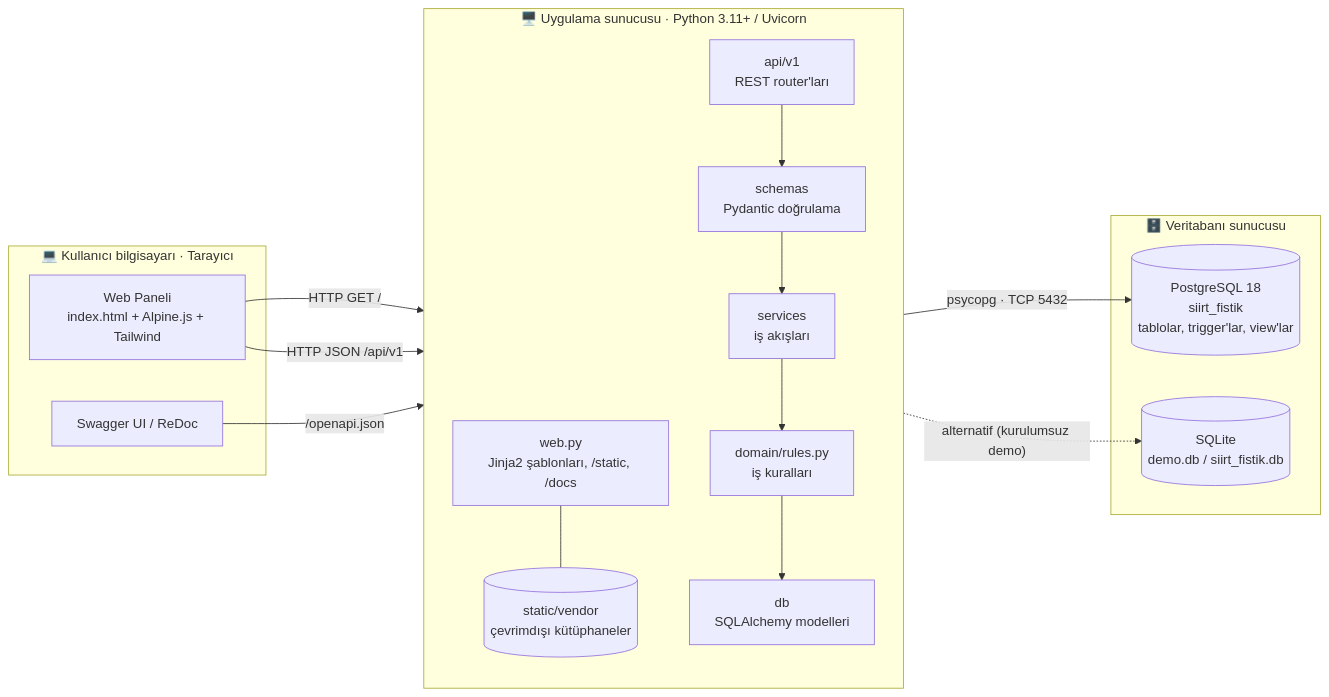
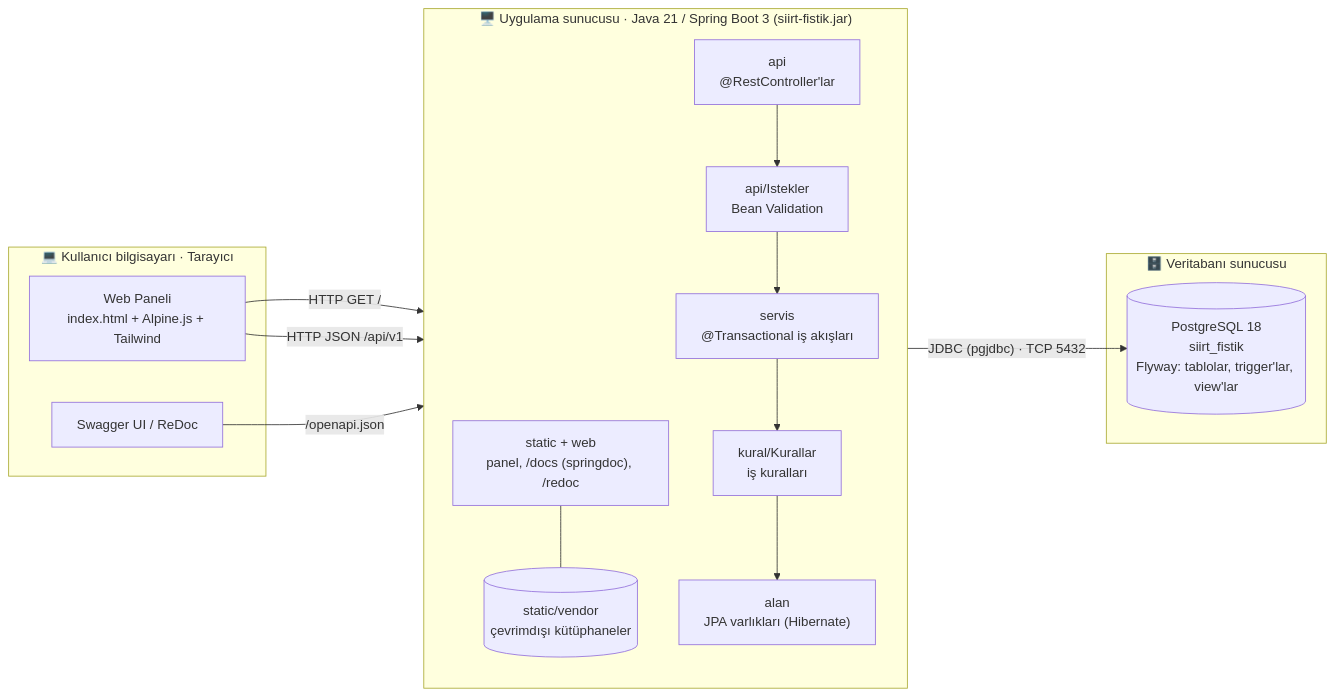
Diagram 11 of 11 in docs/UML.md (nisanurhrmn1/siirt-fistik-sistemi), drawn with Mermaid before and after one commit. The commit also changed other lines of this file and 80 other files, not shown here.

First line of the commit message:
feat: Java 21 / Spring Boot 3 sunucusuna geçiş

````diff
--- a/docs/UML.md
+++ b/docs/UML.md
@@ -501,31 +501,29 @@
 ```mermaid
 flowchart LR
     subgraph PC["💻 Kullanıcı bilgisayarı · Tarayıcı"]
         UI["Web Paneli<br/>index.html + Alpine.js + Tailwind"]
         SW["Swagger UI / ReDoc"]
     end
 
-    subgraph SRV["🖥️ Uygulama sunucusu · Python 3.11+ / Uvicorn"]
+    subgraph SRV["🖥️ Uygulama sunucusu · Java 21 / Spring Boot 3 (siirt-fistik.jar)"]
         direction TB
-        WEB["web.py<br/>Jinja2 şablonları, /static, /docs"]
-        API["api/v1<br/>REST router'ları"]
-        SCH["schemas<br/>Pydantic doğrulama"]
-        SVC["services<br/>iş akışları"]
-        DOM["domain/rules.py<br/>iş kuralları"]
-        ORM["db<br/>SQLAlchemy modelleri"]
+        WEB["static + web<br/>panel, /docs (springdoc), /redoc"]
+        API["api<br/>@RestController'lar"]
+        SCH["api/Istekler<br/>Bean Validation"]
+        SVC["servis<br/>@Transactional iş akışları"]
+        DOM["kural/Kurallar<br/>iş kuralları"]
+        ORM["alan<br/>JPA varlıkları (Hibernate)"]
         VEN[("static/vendor<br/>çevrimdışı kütüphaneler")]
         WEB --- VEN
         API --> SCH --> SVC --> DOM --> ORM
     end
 
     subgraph DBS["🗄️ Veritabanı sunucusu"]
-        PG[("PostgreSQL 18<br/>siirt_fistik<br/>tablolar, trigger'lar, view'lar")]
-        SQ[("SQLite<br/>demo.db / siirt_fistik.db")]
+        PG[("PostgreSQL 18<br/>siirt_fistik<br/>Flyway: tablolar, trigger'lar, view'lar")]
     end
 
     UI -- "HTTP GET /" --> WEB
     UI -- "HTTP JSON /api/v1" --> API
     SW -- "/openapi.json" --> API
-    ORM -- "psycopg · TCP 5432" --> PG
-    ORM -. "alternatif (kurulumsuz demo)" .-> SQ
+    ORM -- "JDBC (pgjdbc) · TCP 5432" --> PG
 ```
````
